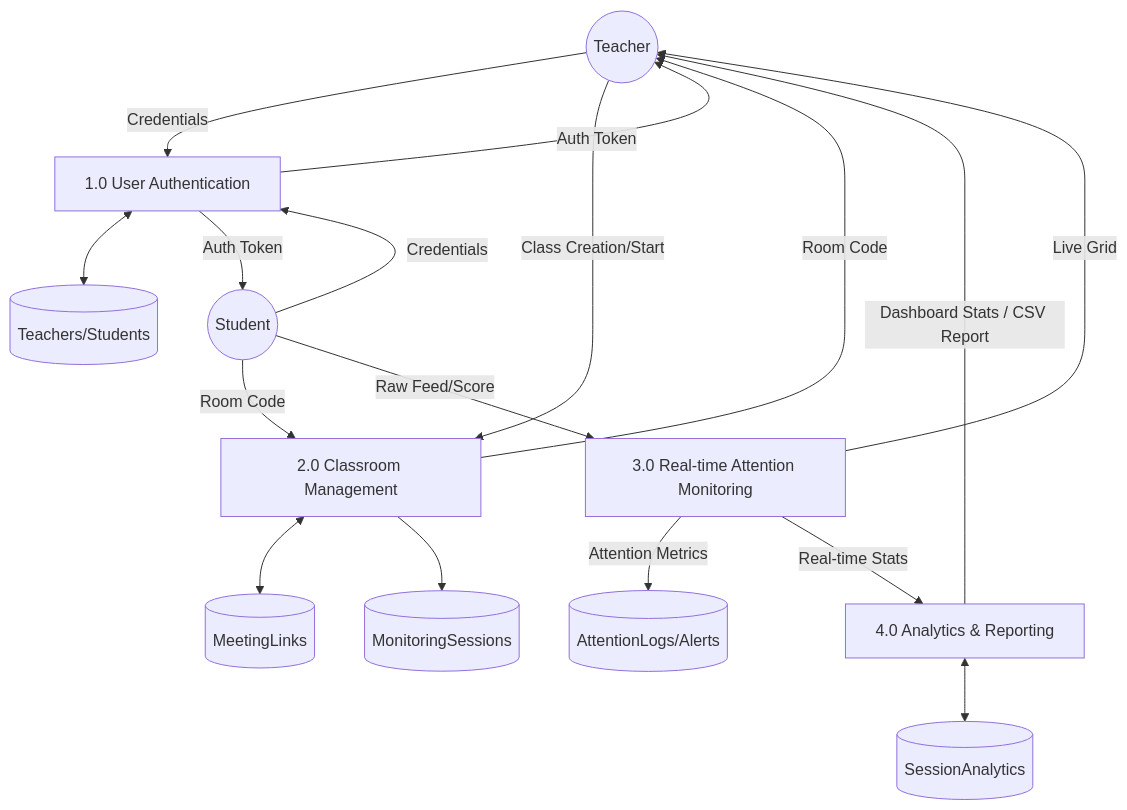
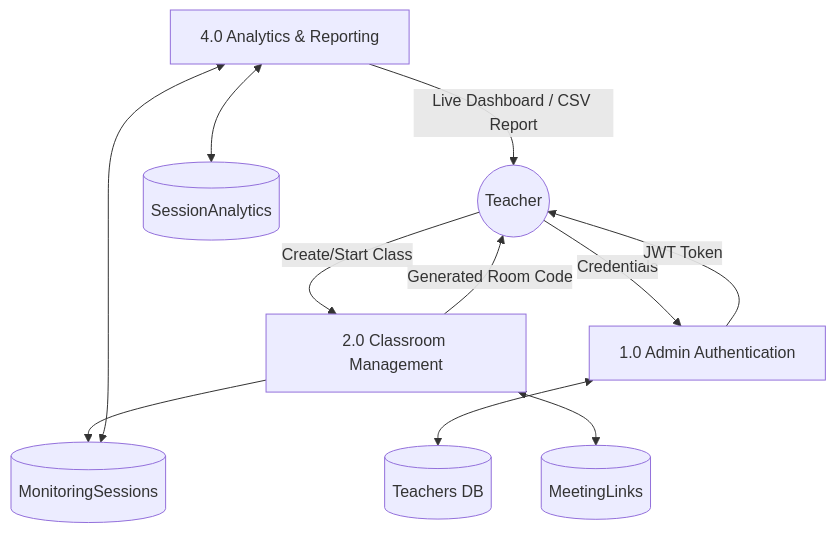
One commit to nadeeen7/edusence changed the second of 4 diagrams in docs/dfd.md. Above: the diagram before and after it, drawn with Mermaid. The commit also changed other lines of this file and 3 other files, not shown here.

````diff
--- a/docs/dfd.md
+++ b/docs/dfd.md
@@ -32,40 +34,30 @@
 ```mermaid
 graph TD
     %% External Entities
     Teacher((Teacher))
-    Student((Student))
 
     %% Processes
-    P1[1.0 User Authentication]
+    P1[1.0 Admin Authentication]
     P2[2.0 Classroom Management]
-    P3[3.0 Real-time Attention Monitoring]
     P4[4.0 Analytics & Reporting]
 
     %% Data Stores
-    D1[(Teachers/Students)]
+    D1[(Teachers DB)]
     D2[(MeetingLinks)]
     D3[(MonitoringSessions)]
-    D4[(AttentionLogs/Alerts)]
     D5[(SessionAnalytics)]
 
     %% Connections
-    Teacher -- Credentials --> P1
-    Student -- Credentials --> P1
+    Teacher -- "Credentials" --> P1
     P1 <--> D1
-    P1 -- Auth Token --> Teacher
-    P1 -- Auth Token --> Student
+    P1 -- "JWT Token" --> Teacher
 
-    Teacher -- Class Creation/Start --> P2
+    Teacher -- "Create/Start Class" --> P2
     P2 <--> D2
-    P2 -- Room Code --> Teacher
-    Student -- Room Code --> P2
+    P2 -- "Generated Room Code" --> Teacher
     P2 --> D3
 
-    P3 -- Attention Metrics --> D4
-    P3 -- Real-time Stats --> P4
     P4 <--> D5
-    P4 -- Dashboard Stats / CSV Report --> Teacher
-    
-    Student -- Raw Feed/Score --> P3
-    P3 -- Live Grid --> Teacher
+    P4 <--> D3
+    P4 -- "Live Dashboard / CSV Report" --> Teacher
 ```
````
